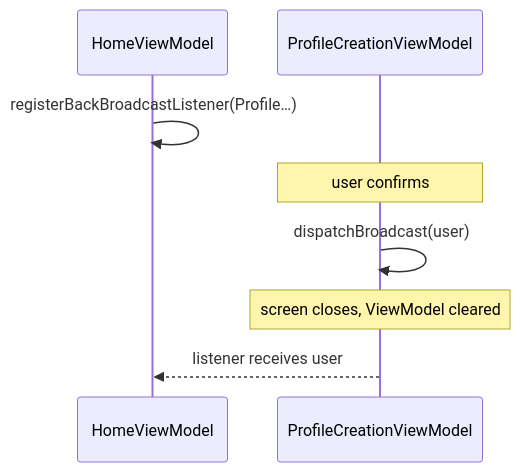
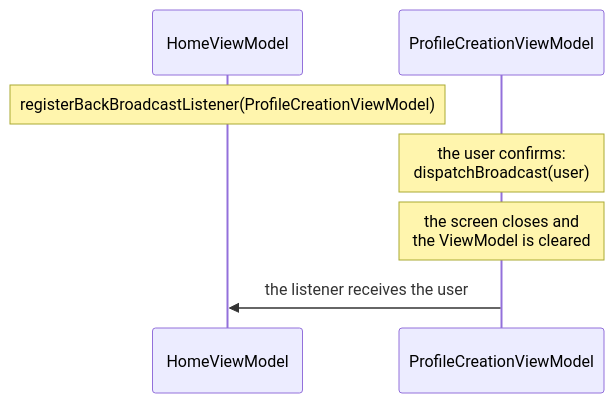
The diagram in docs/guides/results-between-screens.md (carmabs/Ema), drawn with Mermaid before and after one commit. The commit also changed 11 other files, not shown here.

First line of the commit message:
Redraw the diagrams without crossing arrows

````diff
--- a/docs/guides/results-between-screens.md
+++ b/docs/guides/results-between-screens.md
@@ -6,10 +6,9 @@
 ```mermaid
 sequenceDiagram
     participant H as HomeViewModel
     participant P as ProfileCreationViewModel
-    H->>H: registerBackBroadcastListener(Profile…)
-    Note over P: user confirms
-    P->>P: dispatchBroadcast(user)
-    Note over P: screen closes, ViewModel cleared
-    P-->>H: listener receives user
+    Note over H: registerBackBroadcastListener(ProfileCreationViewModel)
+    Note over P: the user confirms:<br/>dispatchBroadcast(user)
+    Note over P: the screen closes and<br/>the ViewModel is cleared
+    P->>H: the listener receives the user
 ```
````
